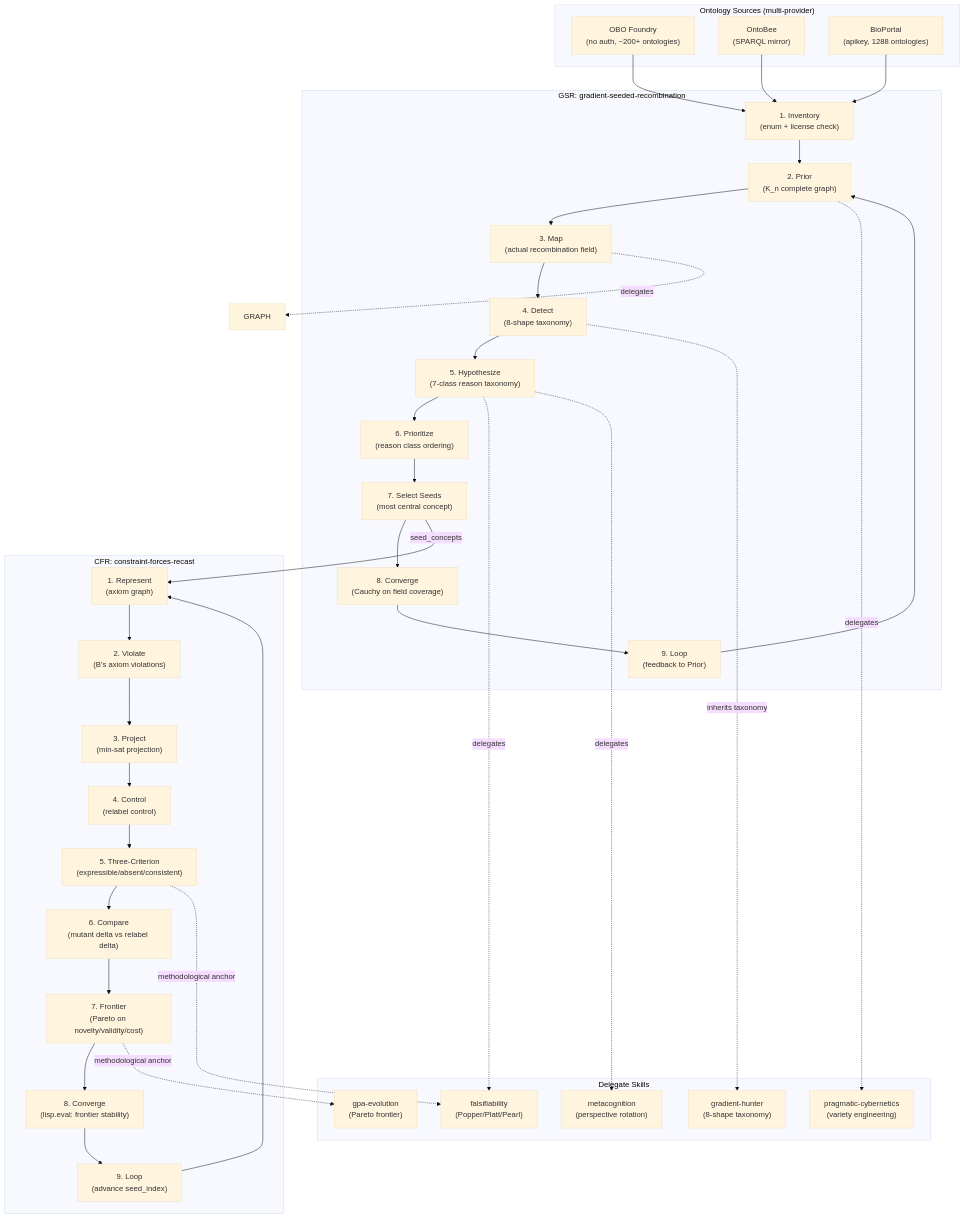
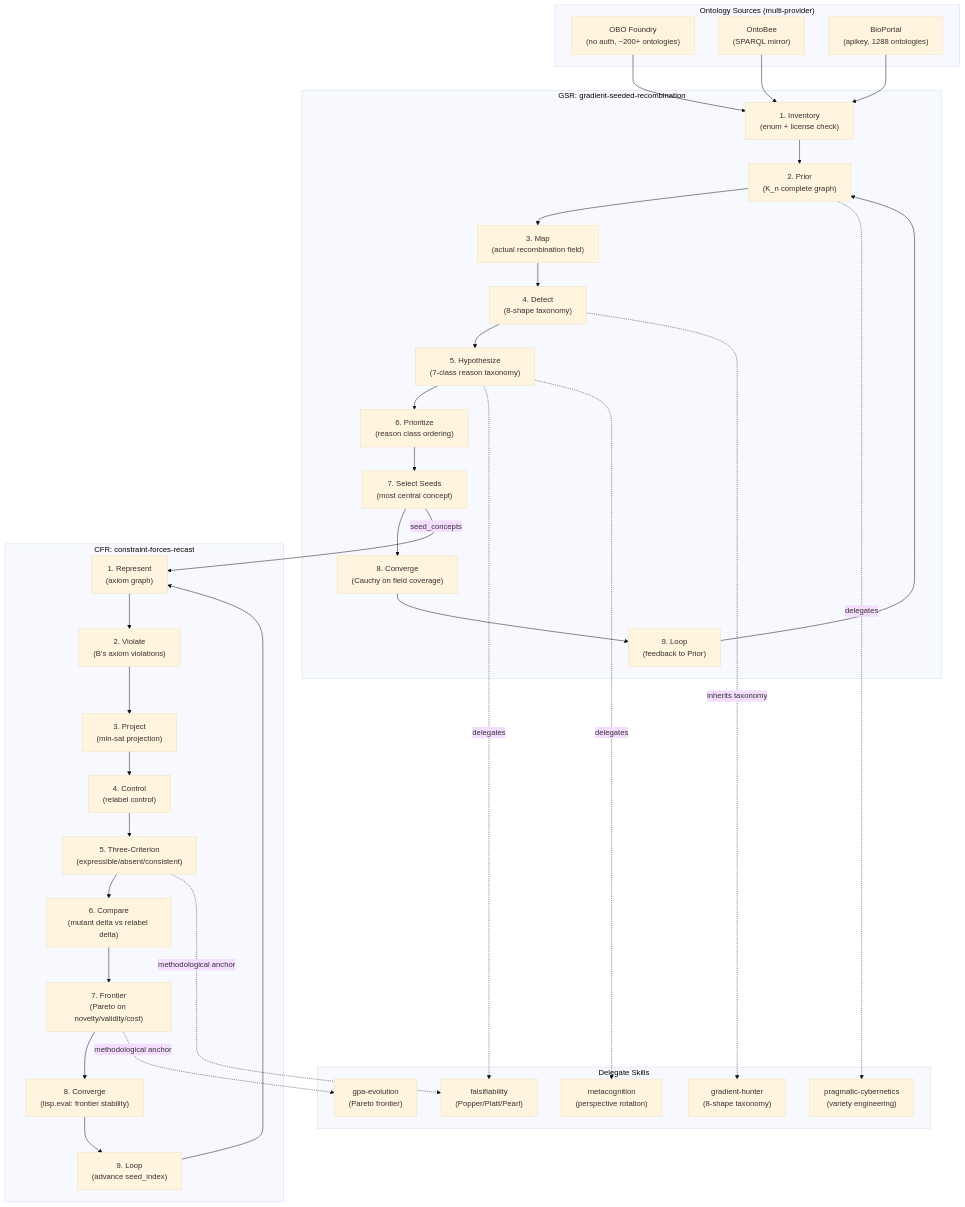
The diagram in kask/docs/diagrams/architecture-constraint-forces-skills.md (mdz-axo/zed-kask), drawn with Mermaid (base theme) before and after one commit. The commit also changed other lines of this file and 29 other files, not shown here.

First line of the commit message:
docs: Refresh docs triage, add metadata headers, new diagrams

````diff
--- a/kask/docs/diagrams/architecture-constraint-forces-skills.md
+++ b/kask/docs/diagrams/architecture-constraint-forces-skills.md
@@ -5,61 +15,60 @@
 ```mermaid
 graph TD
     subgraph "Ontology Sources (multi-provider)"
         OBO["OBO Foundry\n(no auth, ~200+ ontologies)"]
         ONTOBEE["OntoBee\n(SPARQL mirror)"]
         BIOPORTAL["BioPortal\n(apikey, 1288 ontologies)"]
     end
 
     subgraph "GSR: gradient-seeded-recombination"
         GSR_INV["1. Inventory\n(enum + license check)"]
         GSR_PRIOR["2. Prior\n(K_n complete graph)"]
         GSR_MAP["3. Map\n(actual recombination field)"]
         GSR_DETECT["4. Detect\n(8-shape taxonomy)"]
         GSR_HYP["5. Hypothesize\n(7-class reason taxonomy)"]
         GSR_PRIO["6. Prioritize\n(reason class ordering)"]
         GSR_SEED["7. Select Seeds\n(most central concept)"]
         GSR_CONV["8. Converge\n(Cauchy on field coverage)"]
         GSR_LOOP["9. Loop\n(feedback to Prior)"]
 
         GSR_INV --> GSR_PRIOR --> GSR_MAP --> GSR_DETECT --> GSR_HYP --> GSR_PRIO --> GSR_SEED --> GSR_CONV --> GSR_LOOP
         GSR_LOOP --> GSR_PRIOR
     end
 
     subgraph "CFR: constraint-forces-recast"
         CFR_REP["1. Represent\n(axiom graph)"]
         CFR_VIOL["2. Violate\n(B's axiom violations)"]
         CFR_PROJ["3. Project\n(min-sat projection)"]
         CFR_CTRL["4. Control\n(relabel control)"]
         CFR_3CRIT["5. Three-Criterion\n(expressible/absent/consistent)"]
         CFR_CMP["6. Compare\n(mutant delta vs relabel delta)"]
         CFR_FRON["7. Frontier\n(Pareto on novelty/validity/cost)"]
         CFR_CONV["8. Converge\n(lisp.eval: frontier stability)"]
         CFR_LOOP["9. Loop\n(advance seed_index)"]
 
         CFR_REP --> CFR_VIOL --> CFR_PROJ --> CFR_CTRL --> CFR_3CRIT --> CFR_CMP --> CFR_FRON --> CFR_CONV --> CFR_LOOP
         CFR_LOOP --> CFR_REP
     end
 
     subgraph "Delegate Skills"
         FALS["falsifiability\n(Popper/Platt/Pearl)"]
         GHUNT["gradient-hunter\n(8-shape taxonomy)"]
         GPA["gpa-evolution\n(Pareto frontier)"]
         PCYB["pragmatic-cybernetics\n(variety engineering)"]
         META["metacognition\n(perspective rotation)"]
     end
 
     OBO --> GSR_INV
     ONTOBEE --> GSR_INV
     BIOPORTAL --> GSR_INV
 
     GSR_HYP -.->|delegates| FALS
     GSR_HYP -.->|delegates| META
     GSR_PRIOR -.->|delegates| PCYB
-    GSR_MAP -.->|delegates| GRAPH
     GSR_DETECT -.->|inherits taxonomy| GHUNT
 
     GSR_SEED -->|seed_concepts| CFR_REP
 
     CFR_3CRIT -.->|methodological anchor| FALS
     CFR_FRON -.->|methodological anchor| GPA
 ```
````
